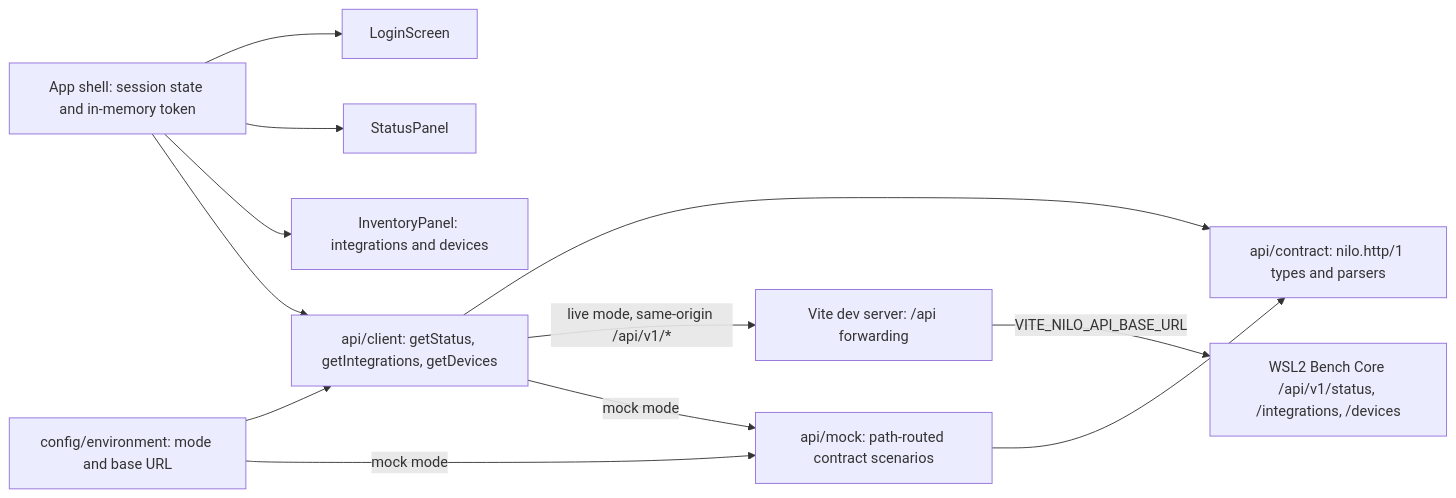
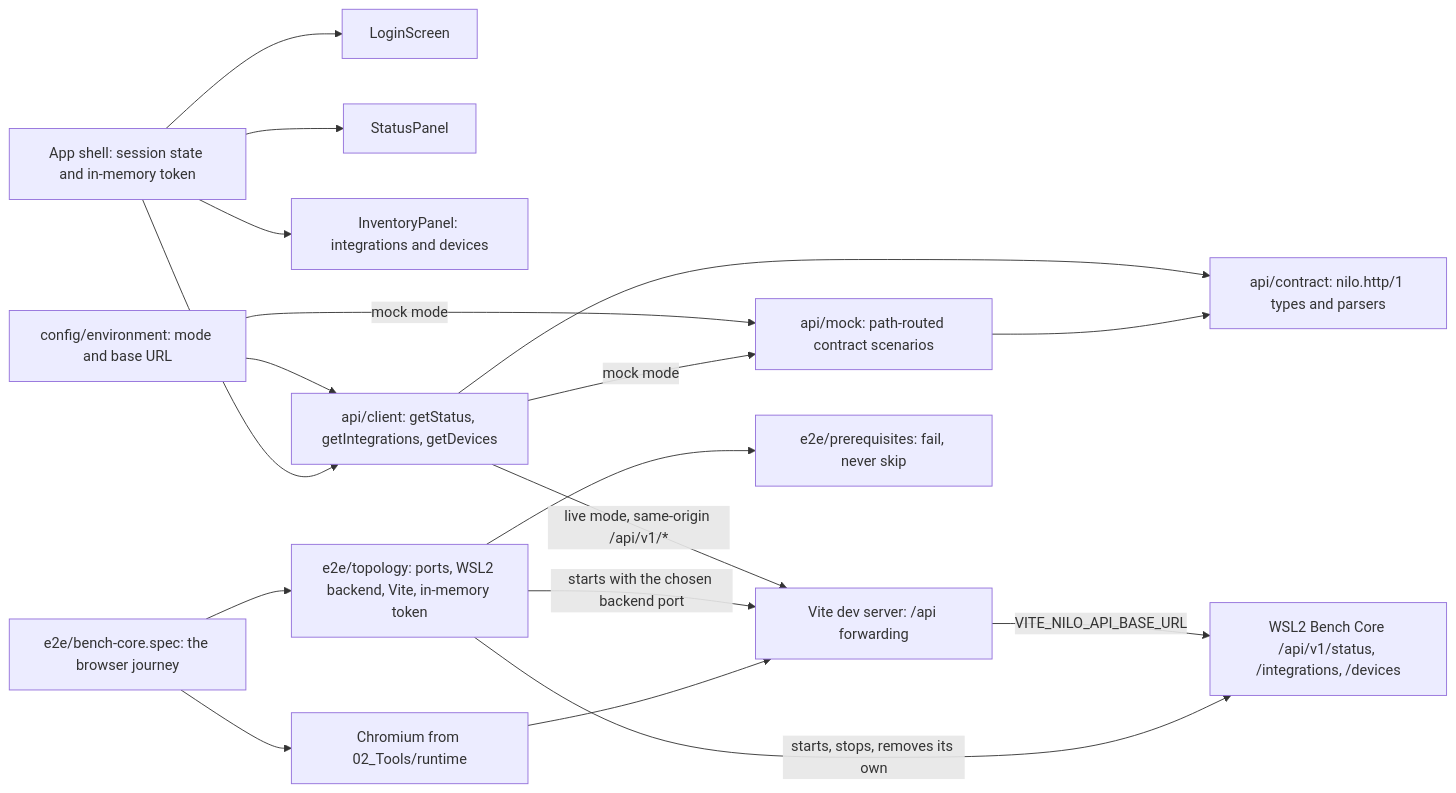
The diagram in .agentic/knowledge/gui-foundation.md (DDP-Engineering/2026_Networked_Intelligent_Lab_Orchestrator), drawn with Mermaid before and after one commit. The commit also changed other lines of this file and 41 other files, not shown here.

````diff
--- a/.agentic/knowledge/gui-foundation.md
+++ b/.agentic/knowledge/gui-foundation.md
@@ -96,24 +119,34 @@
 ```mermaid
 flowchart LR
     app["App shell: session state and in-memory token"]
     login["LoginScreen"]
     status["StatusPanel"]
     inventory["InventoryPanel: integrations and devices"]
     env["config/environment: mode and base URL"]
     client["api/client: getStatus, getIntegrations, getDevices"]
     contract["api/contract: nilo.http/1 types and parsers"]
     mock["api/mock: path-routed contract scenarios"]
     proxy["Vite dev server: /api forwarding"]
     backend["WSL2 Bench Core /api/v1/status, /integrations, /devices"]
     app --> login
     app --> status
     app --> inventory
     env --> client
     env -- "mock mode" --> mock
     client --> contract
     mock --> contract
     app --> client
     client -- "live mode, same-origin /api/v1/*" --> proxy
     proxy -- "VITE_NILO_API_BASE_URL" --> backend
     client -- "mock mode" --> mock
+    harness["e2e/topology: ports, WSL2 backend, Vite, in-memory token"]
+    prereq["e2e/prerequisites: fail, never skip"]
+    spec["e2e/bench-core.spec: the browser journey"]
+    browser["Chromium from 02_Tools/runtime"]
+    harness --> prereq
+    harness -- "starts, stops, removes its own" --> backend
+    harness -- "starts with the chosen backend port" --> proxy
+    spec --> harness
+    spec --> browser
+    browser --> proxy
 ```
````
